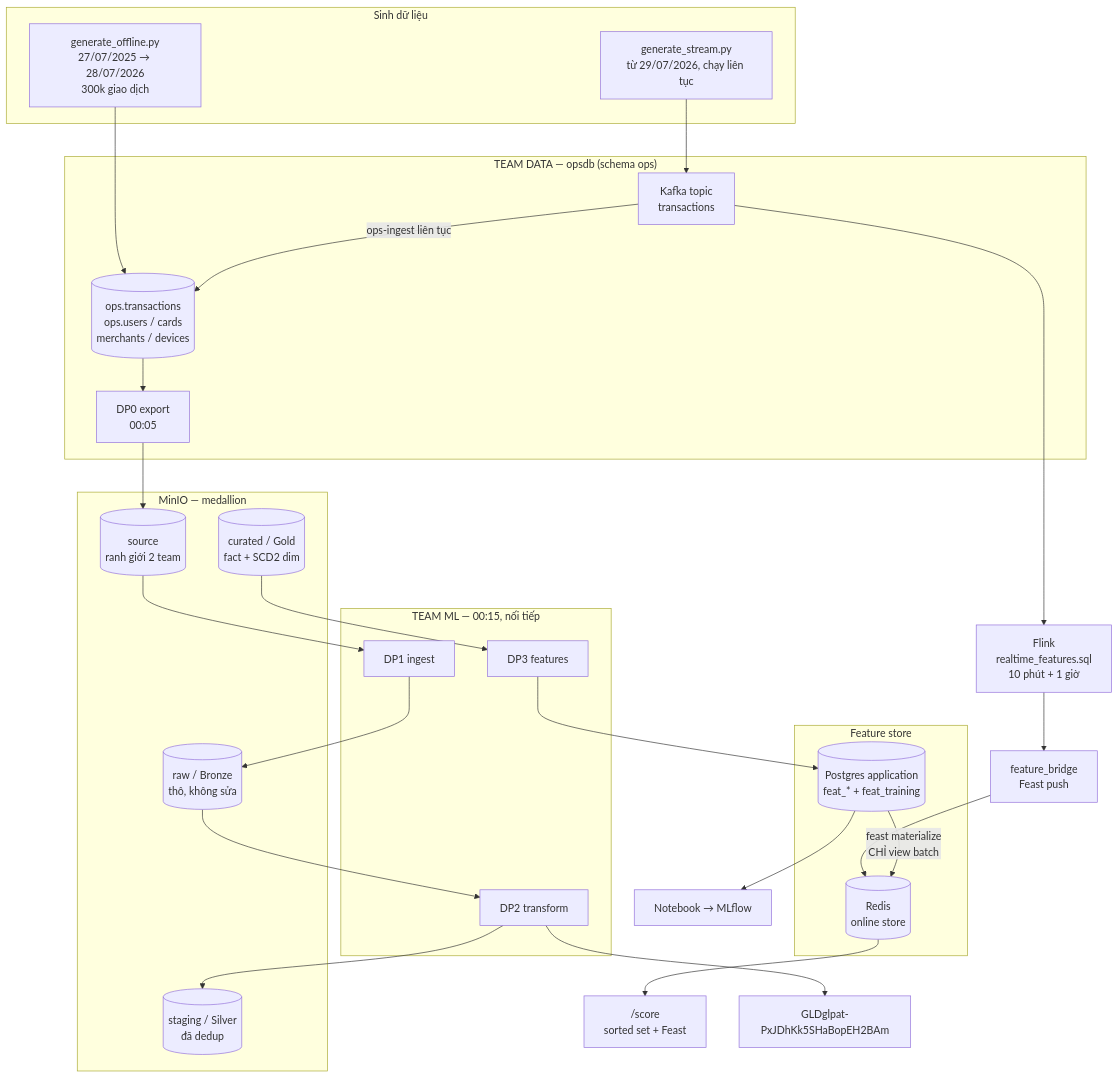
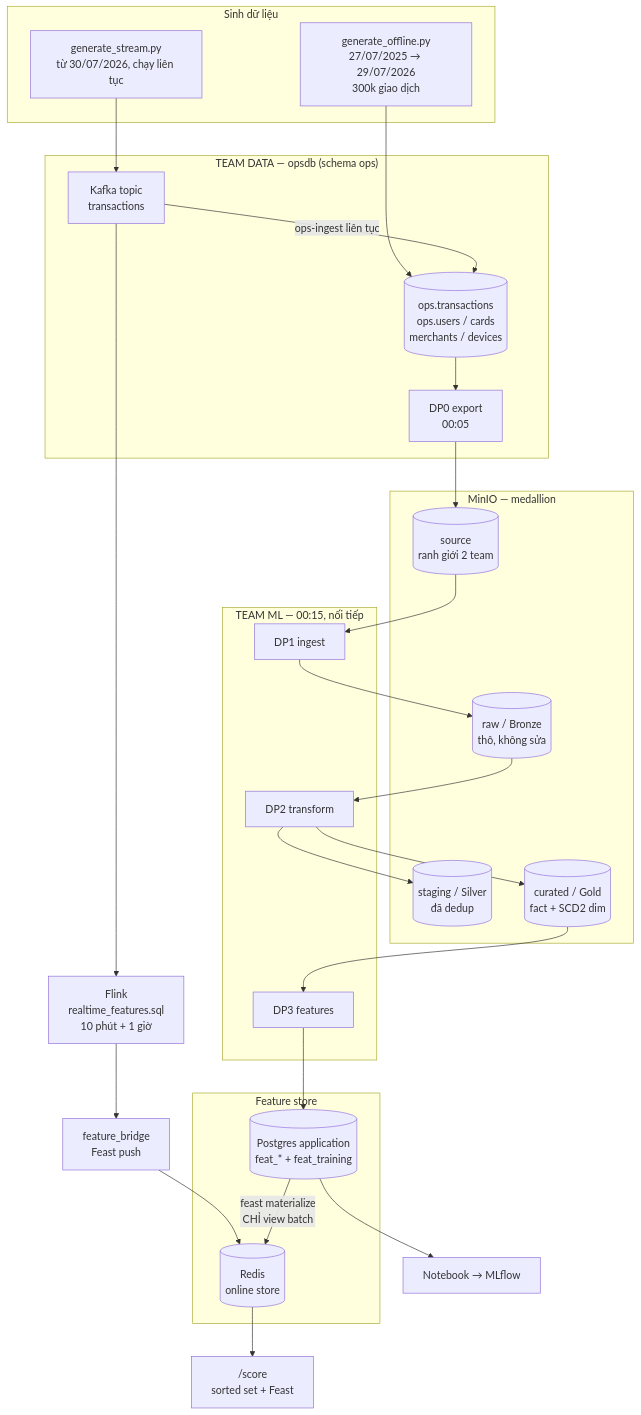
One commit to vuniem131104/fraud-detection changed the diagram in docs/data-pipeline.md. Above: the diagram before and after it, drawn with Mermaid. The commit also changed other lines of this file and 10 other files, not shown here.

````diff
--- a/docs/data-pipeline.md
+++ b/docs/data-pipeline.md
@@ -19,49 +19,49 @@
 ```mermaid
 flowchart TB
     subgraph GEN["Sinh dữ liệu"]
-        G1["generate_offline.py<br/>27/07/2025 → 28/07/2026<br/>300k giao dịch"]
-        G2["generate_stream.py<br/>từ 29/07/2026, chạy liên tục"]
+        G1["generate_offline.py<br/>27/07/2025 → 29/07/2026<br/>300k giao dịch"]
+        G2["generate_stream.py<br/>từ 30/07/2026, chạy liên tục"]
     end
 
     subgraph DATA["TEAM DATA — opsdb (schema ops)"]
         K["Kafka topic<br/>transactions"]
         OPS[("ops.transactions<br/>ops.users / cards<br/>merchants / devices")]
         DP0["DP0 export<br/>00:05"]
     end
 
     subgraph LAKE["MinIO — medallion"]
         SRC[("source<br/>ranh giới 2 team")]
         BRZ[("raw / Bronze<br/>thô, không sửa")]
         SLV[("staging / Silver<br/>đã dedup")]
         GLD[("curated / Gold<br/>fact + SCD2 dim")]
     end
 
     subgraph ML["TEAM ML — 00:15, nối tiếp"]
         DP1["DP1 ingest"]
         DP2["DP2 transform"]
         DP3["DP3 features"]
     end
 
     subgraph STORE["Feature store"]
         PG[("Postgres application<br/>feat_* + feat_training")]
         RDS[("Redis<br/>online store")]
     end
 
     FLINK["Flink<br/>realtime_features.sql<br/>10 phút + 1 giờ"]
     BR["feature_bridge<br/>Feast push"]
     TRAIN["Notebook → MLflow"]
     SCORE["/score<br/>sorted set + Feast"]
 
     G1 --> OPS
     G2 --> K
     K -->|ops-ingest liên tục| OPS
     K --> FLINK --> BR --> RDS
     OPS --> DP0 --> SRC
     SRC --> DP1 --> BRZ --> DP2 --> SLV
-    DP2 --> GLDglpat-PxJDhKk5SHaBopEH2BAm
+    DP2 --> GLD
 
     GLD --> DP3 --> PG
     PG -->|feast materialize<br/>CHỈ view batch| RDS
     PG --> TRAIN
     RDS --> SCORE
 ```
````
